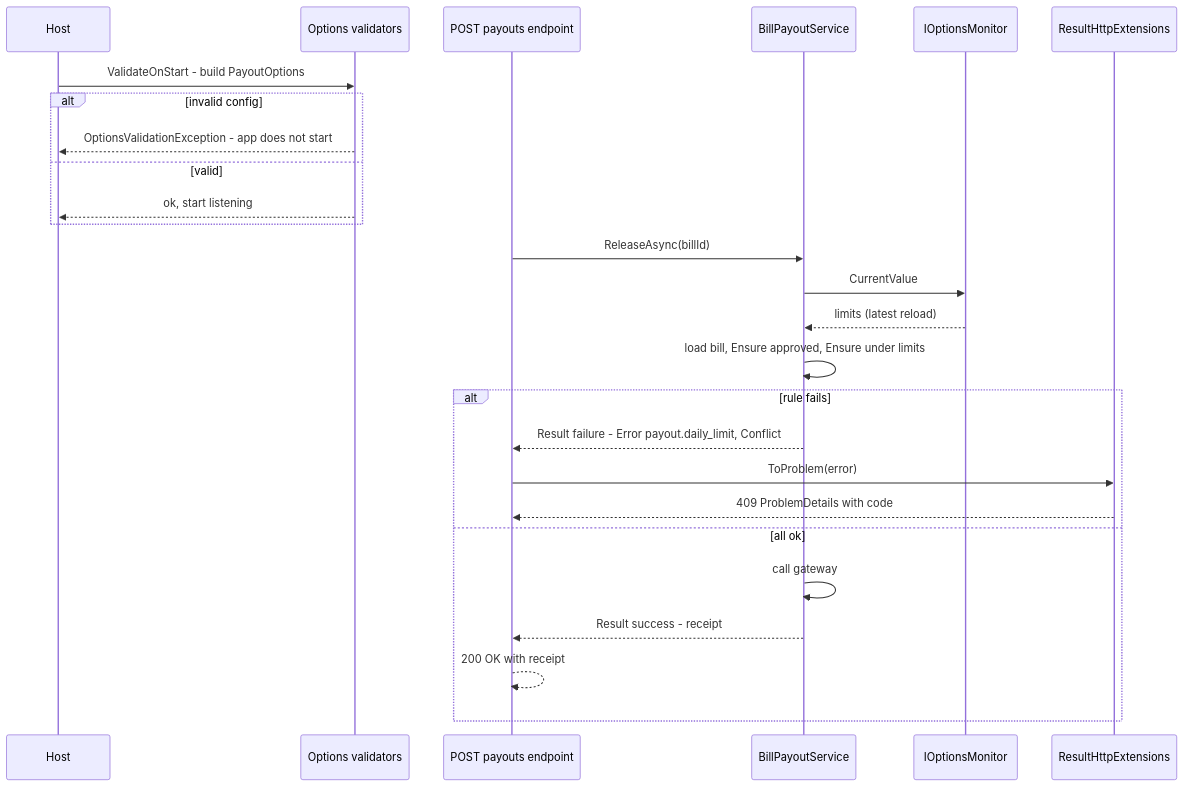
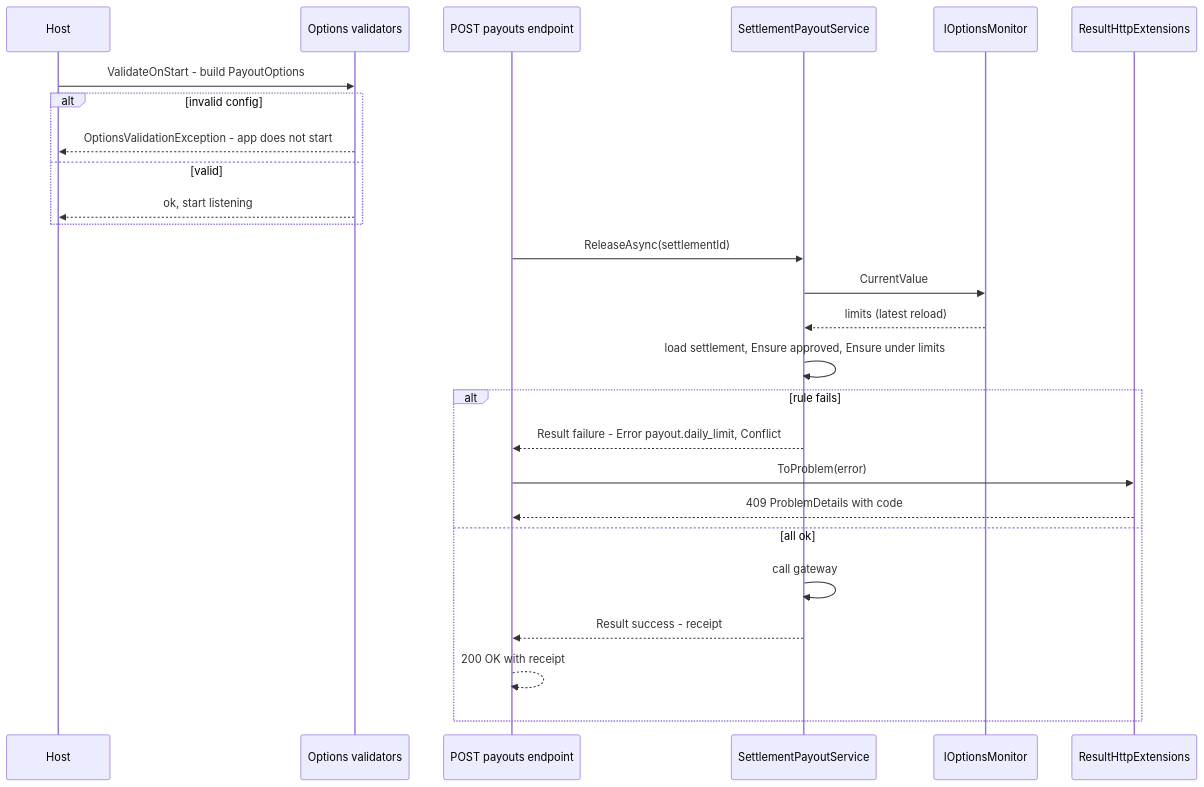
The second of 2 diagrams in content/lessons/m06/m06-options-result.md (rizwi0786/system-design-lab), drawn with Mermaid before and after one commit. The commit also changed other lines of this file and 334 other files, not shown here.

````diff
--- a/content/lessons/m06/m06-options-result.md
+++ b/content/lessons/m06/m06-options-result.md
@@ -177,28 +177,28 @@
 ```mermaid
 sequenceDiagram
     participant Host
     participant V as Options validators
     participant API as POST payouts endpoint
-    participant S as BillPayoutService
+    participant S as SettlementPayoutService
     participant M as IOptionsMonitor
     participant X as ResultHttpExtensions
     Host->>V: ValidateOnStart - build PayoutOptions
     alt invalid config
         V-->>Host: OptionsValidationException - app does not start
     else valid
         V-->>Host: ok, start listening
     end
-    API->>S: ReleaseAsync(billId)
+    API->>S: ReleaseAsync(settlementId)
     S->>M: CurrentValue
     M-->>S: limits (latest reload)
-    S->>S: load bill, Ensure approved, Ensure under limits
+    S->>S: load settlement, Ensure approved, Ensure under limits
     alt rule fails
         S-->>API: Result failure - Error payout.daily_limit, Conflict
         API->>X: ToProblem(error)
         X-->>API: 409 ProblemDetails with code
     else all ok
         S->>S: call gateway
         S-->>API: Result success - receipt
         API-->>API: 200 OK with receipt
     end
 ```
````
